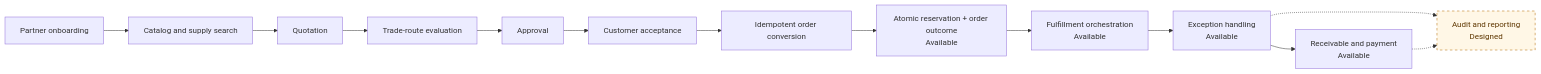
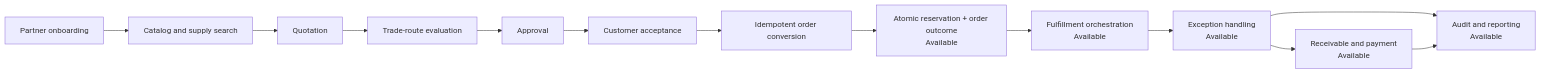
Before and after one commit to RomanticHW/cellarbridge-platform: the first of 3 diagrams in README.md, drawn with Mermaid. The commit also changed other lines of this file and 4 other files, not shown here.

````diff
--- a/README.md
+++ b/README.md
@@ -24,18 +24,16 @@
 ```mermaid
 flowchart LR
     A[Partner onboarding] --> B[Catalog and supply search]
     B --> C[Quotation]
     C --> D[Trade-route evaluation]
     D --> E[Approval]
     E --> F[Customer acceptance]
     F --> G[Idempotent order conversion]
     G --> H[Atomic reservation + order outcome<br/>Available]
     H --> I[Fulfillment orchestration<br/>Available]
     I --> J[Exception handling<br/>Available]
     J --> K[Receivable and payment<br/>Available]
-    J -.-> L[Audit and reporting<br/>Designed]
-    K -.-> L
+    J --> L[Audit and reporting<br/>Available]
+    K --> L
 
-    classDef planned fill:#fff7e6,stroke:#b26a00,color:#5f3700,stroke-dasharray:5 5;
-    class L planned;
 ```
````
